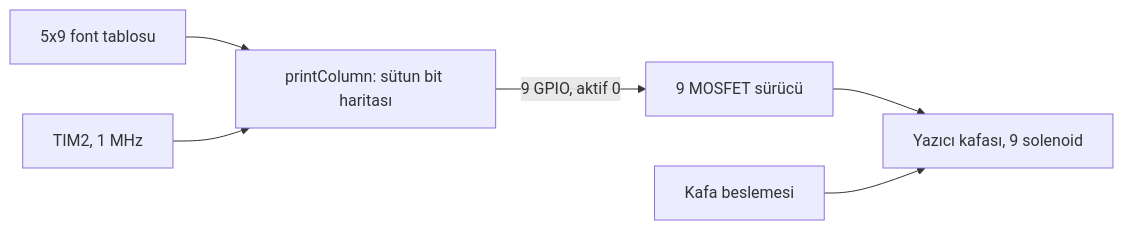
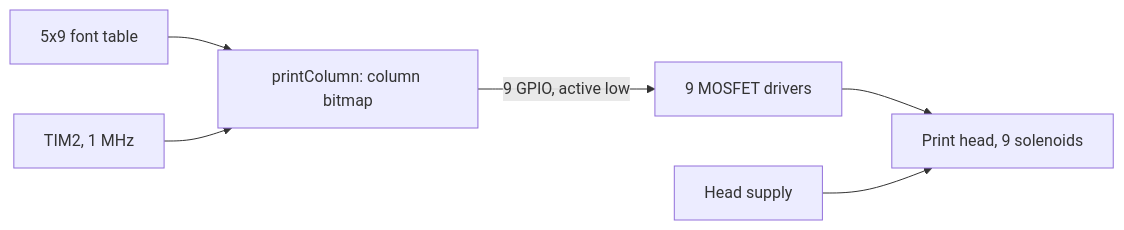
Before and after one commit to meyubcan/stm32-dot-matrix-printhead: the diagram in README.md, drawn with Mermaid. The commit also changed other lines of this file and 1 other file, not shown here.

````diff
--- a/README.md
+++ b/README.md
@@ -11,8 +15,8 @@
 ```mermaid
 flowchart LR
-    FONT[5x9 font tablosu] --> COL[printColumn: sütun bit haritası]
+    FONT[5x9 font table] --> COL[printColumn: column bitmap]
     TIM[TIM2, 1 MHz] --> COL
-    COL -- "9 GPIO, aktif 0" --> DRV[9 MOSFET sürücü]
-    DRV --> HEAD[Yazıcı kafası, 9 solenoid]
-    PSU[Kafa beslemesi] --> HEAD
+    COL -- "9 GPIO, active low" --> DRV[9 MOSFET drivers]
+    DRV --> HEAD[Print head, 9 solenoids]
+    PSU[Head supply] --> HEAD
 ```
````
